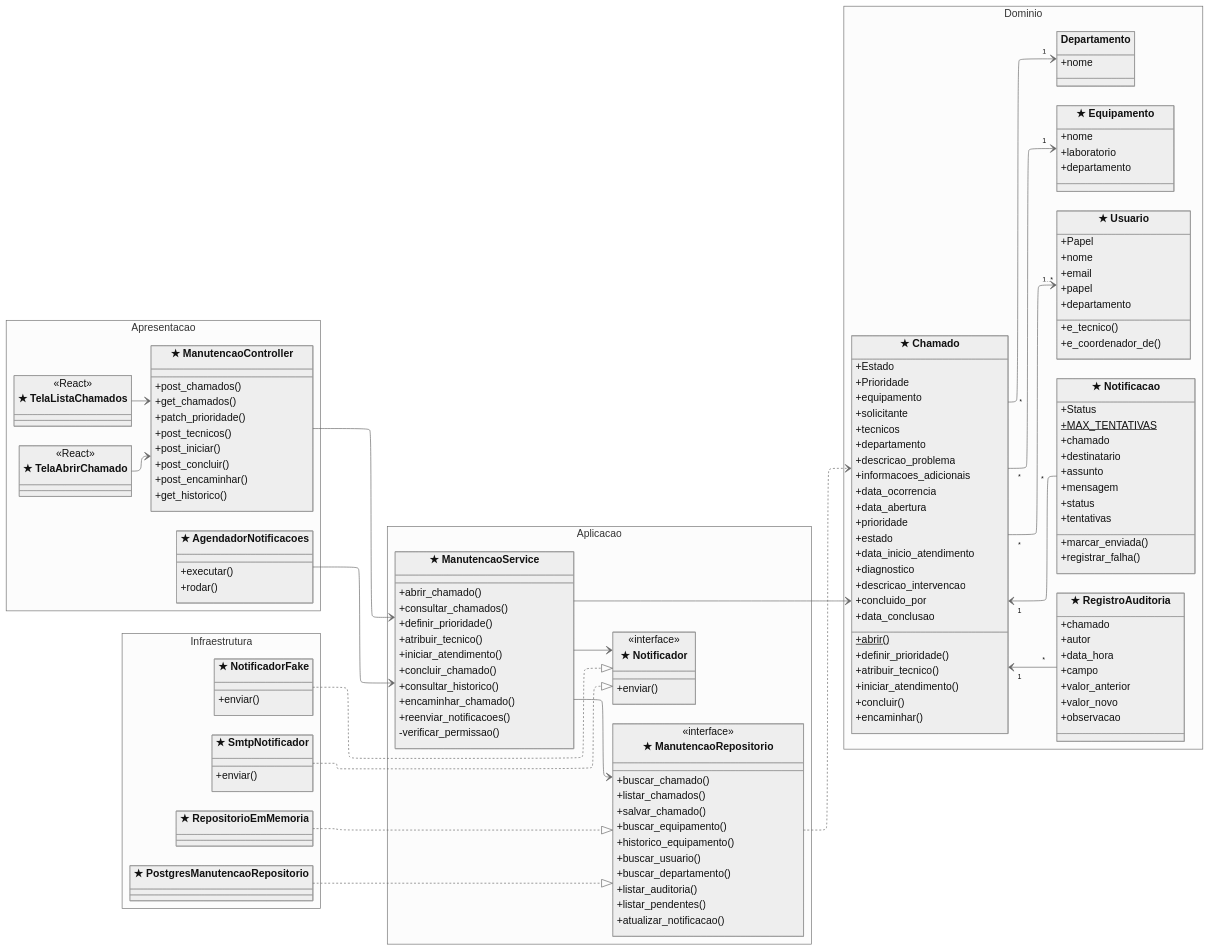
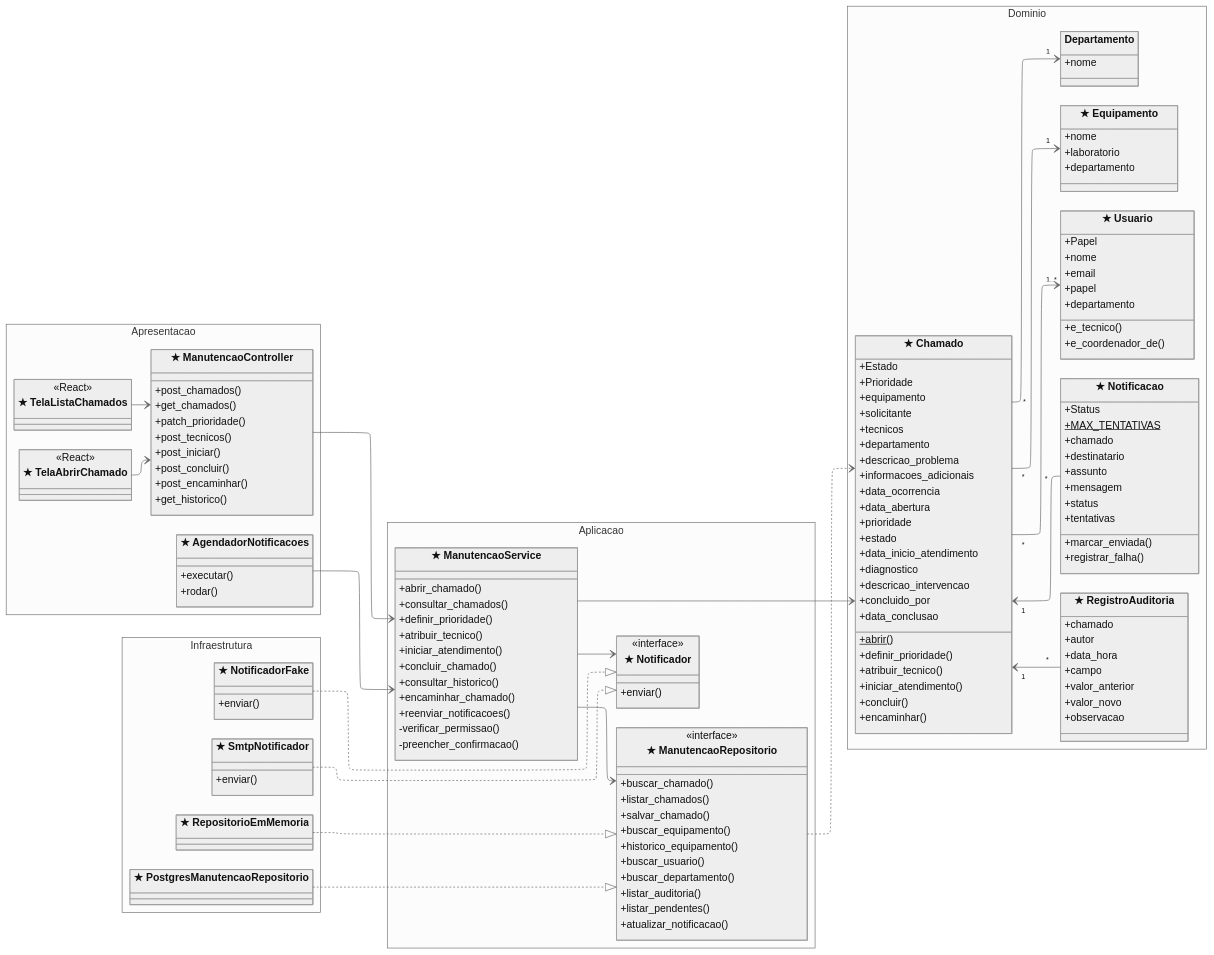
Before and after one commit to nadialobkov/trabalho-design-software: the diagram in docs/diagramas/classes.md, drawn with Mermaid. The commit also changed other lines of this file and 2 other files, not shown here.

```diff
--- a/docs/diagramas/classes.md
+++ b/docs/diagramas/classes.md
@@ -65,6 +65,7 @@
             +encaminhar_chamado()
             +reenviar_notificacoes()
             -verificar_permissao()
+            -preencher_confirmacao()
         }
         class ManutencaoRepositorio["★ ManutencaoRepositorio"] {
             <<interface>>
```
